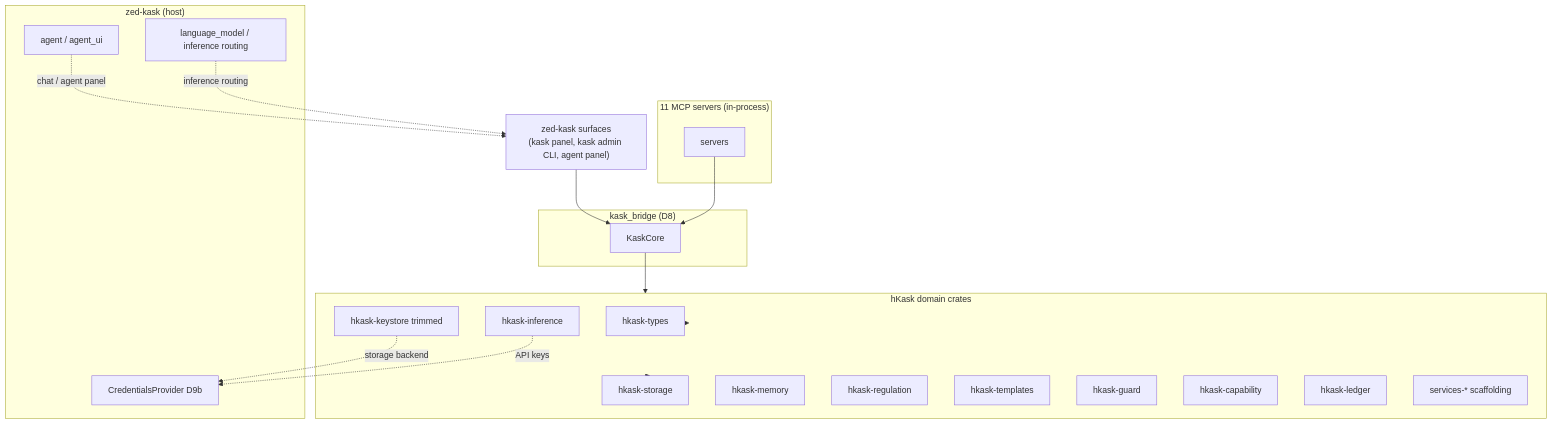
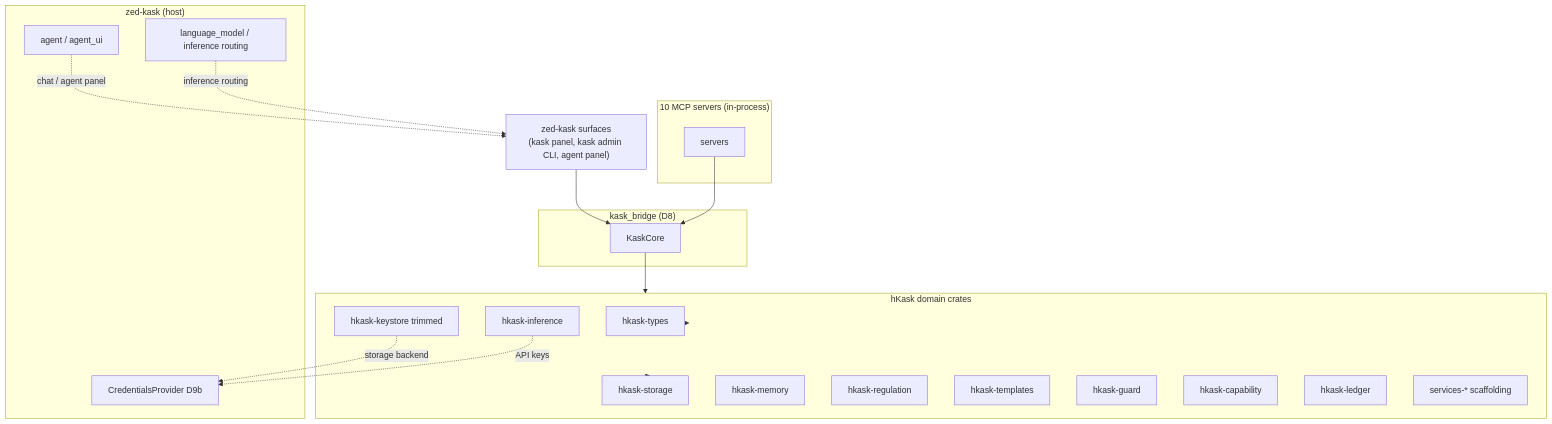
One commit to mdz-axo/zed-kask changed the diagram in kask/docs/architecture/core/MDS.md. Above: the diagram before and after it, drawn with Mermaid. The commit also changed other lines of this file and 18 other files, not shown here.

````diff
--- a/kask/docs/architecture/core/MDS.md
+++ b/kask/docs/architecture/core/MDS.md
@@ -607,38 +607,38 @@
 ```mermaid
 graph TD
     ZEDSURF["zed-kask surfaces<br/>(kask panel, kask admin CLI, agent panel)"]
     subgraph BRIDGE["kask_bridge (D8)"]
         KC[KaskCore]
     end
-    subgraph MCP["11 MCP servers (in-process)"]
+    subgraph MCP["10 MCP servers (in-process)"]
         MSRV[servers]
     end
     subgraph HKASK["hKask domain crates"]
         TYPES[hkask-types]
         STORE[hkask-storage]
         MEM[hkask-memory]
         REG[hkask-regulation]
         TEMPLATES[hkask-templates]
         GUARD[hkask-guard]
         CAP[hkask-capability]
         KS[hkask-keystore trimmed]
         LEDGER[hkask-ledger]
         INF[hkask-inference]
         SVCS[services-* scaffolding]
     end
     subgraph ZED["zed-kask (host)"]
         CRED[CredentialsProvider D9b]
         LM[language_model / inference routing]
         AGENT[agent / agent_ui]
     end
 
     ZEDSURF --> KC
     MSRV --> KC
     KC --> HKASK
     KS -.->|"storage backend"| CRED
     INF -.->|"API keys"| CRED
     HKASK --> TYPES
     HKASK --> STORE
     AGENT -.->|"chat / agent panel"| ZEDSURF
     LM -.->|"inference routing"| ZEDSURF
 ```
````
